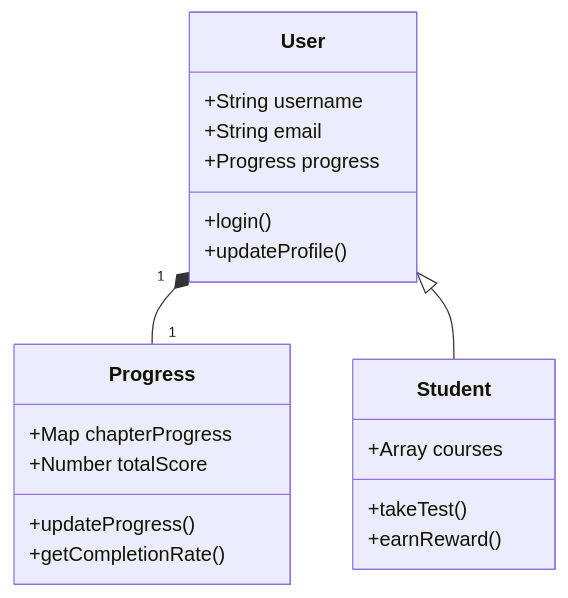
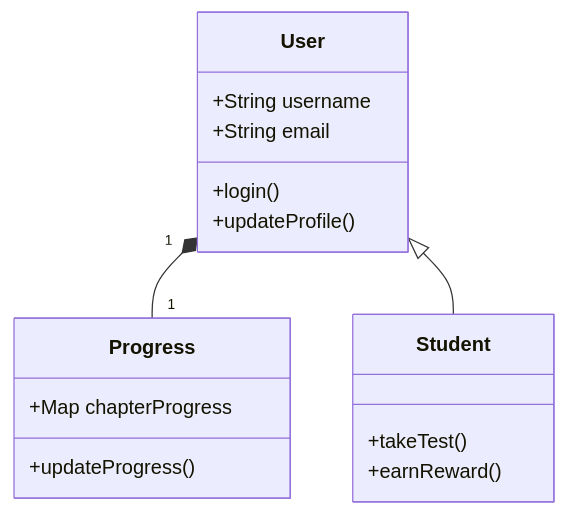
Before and after one commit to Licus7/FlowerC: the ninth of 10 diagrams in Python学习网站第一版/FlowerC文档/Study guidev1.0(FlowerC)/study guidev1.0.md, drawn with Mermaid. The commit also changed other lines of this file and 1 other file, not shown here.

````diff
--- a/Python学习网站第一版/FlowerC文档/Study guidev1.0(FlowerC)/study guidev1.0.md
+++ b/Python学习网站第一版/FlowerC文档/Study guidev1.0(FlowerC)/study guidev1.0.md
@@ -1602,26 +809,22 @@
 ```mermaid
 classDiagram
     class User {
         +String username
         +String email
-        +Progress progress
         +login()
         +updateProfile()
     }
     
     class Student {
-        +Array courses
         +takeTest()
         +earnReward()
     }
     
     class Progress {
         +Map chapterProgress
-        +Number totalScore
         +updateProgress()
-        +getCompletionRate()
     }
     
     User "1" *-- "1" Progress
     User <|-- Student
 ```
````
